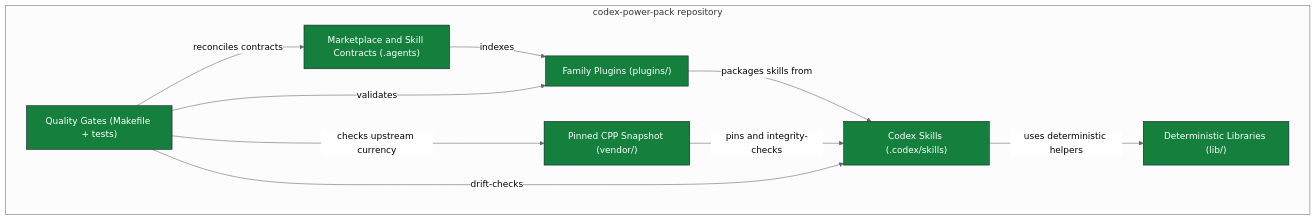
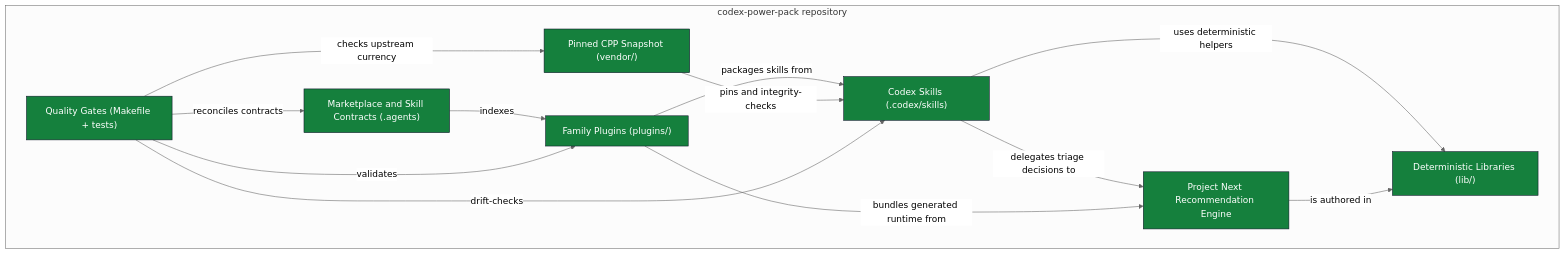
The diagram in docs/architecture/c4-l2-container.mmd (cooneycw/codex-power-pack), drawn with Mermaid (neutral theme) before and after one commit. The commit also changed 46 other files, not shown here.

Commit message:
feat(project): restore project-next behavioral fidelity (Closes #158)

```diff
--- a/docs/architecture/c4-l2-container.mmd
+++ b/docs/architecture/c4-l2-container.mmd
@@ -1,18 +1,22 @@
 flowchart TB
   subgraph repo["codex-power-pack repository"]
     marketplace_catalog["Marketplace and Skill Contracts (.agents)"]:::container
     family_plugins["Family Plugins (plugins/)"]:::container
     codex_skills["Codex Skills (.codex/skills)"]:::container
     vendor_snapshot["Pinned CPP Snapshot (vendor/)"]:::container
     runtime_libraries["Deterministic Libraries (lib/)"]:::container
+    project_next_engine["Project Next Recommendation Engine"]:::container
     quality_gates["Quality Gates (Makefile + tests)"]:::container
   end
   marketplace_catalog -->|"indexes"| family_plugins
   family_plugins -->|"packages skills from"| codex_skills
   vendor_snapshot -->|"pins and integrity-checks"| codex_skills
   codex_skills -->|"uses deterministic helpers"| runtime_libraries
+  codex_skills -->|"delegates triage decisions to"| project_next_engine
+  project_next_engine -->|"is authored in"| runtime_libraries
+  family_plugins -->|"bundles generated runtime from"| project_next_engine
   quality_gates -->|"validates"| family_plugins
   quality_gates -->|"reconciles contracts"| marketplace_catalog
   quality_gates -->|"drift-checks"| codex_skills
   quality_gates -->|"checks upstream currency"| vendor_snapshot
   classDef container fill:#15803d,color:#ffffff,stroke:#0f172a
```
